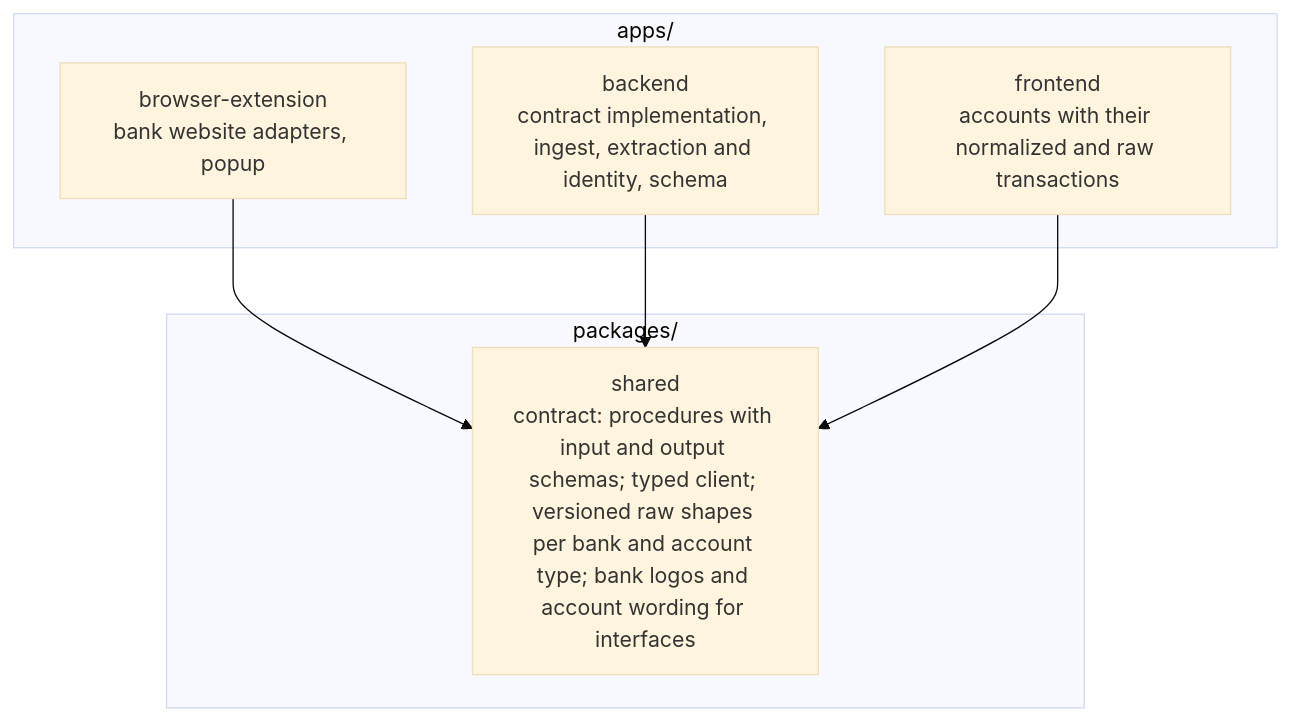
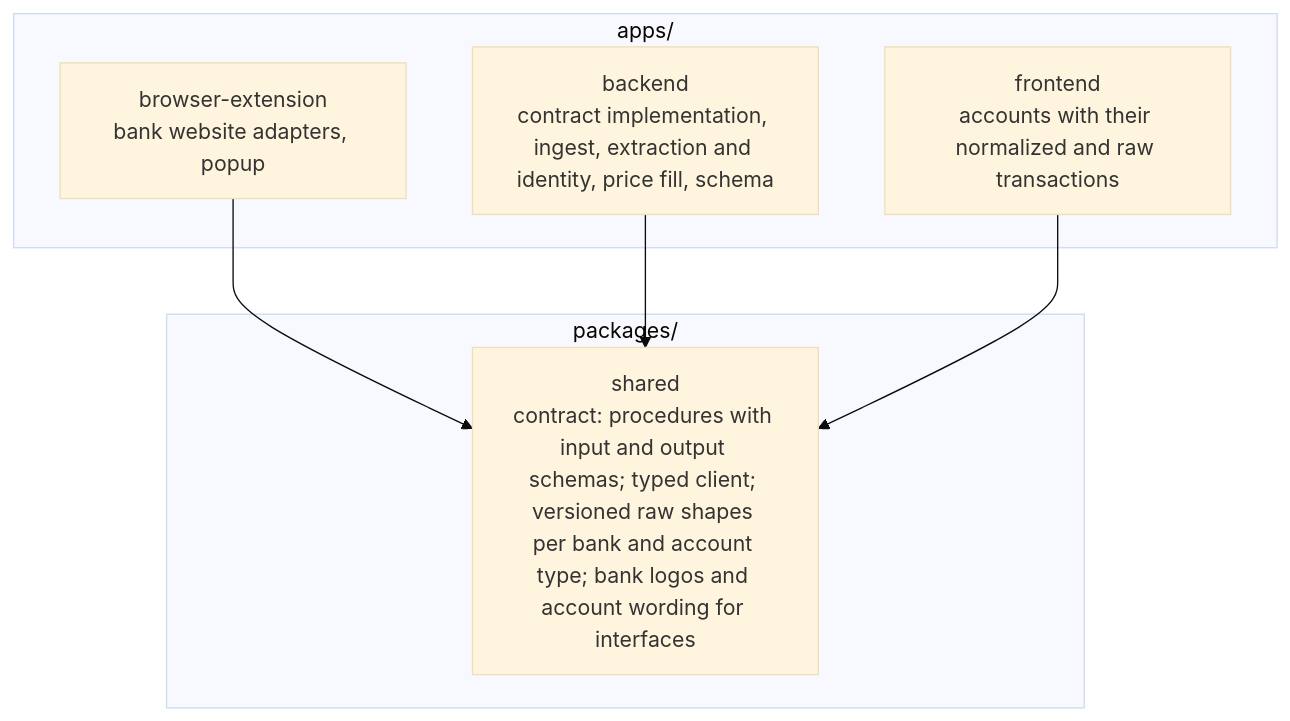
One commit to lennartmoeller/finance-tracker changed the fourth of 5 diagrams in docs/architecture.md. Above: the diagram before and after it, drawn with Mermaid (base theme). The commit also changed other lines of this file and 18 other files, not shown here.

````diff
--- a/docs/architecture.md
+++ b/docs/architecture.md
@@ -117,14 +119,14 @@
 ```mermaid
 flowchart TD
   subgraph apps["apps/"]
     extension["browser-extension<br/>bank website adapters, popup"]
-    backend["backend<br/>contract implementation, ingest, extraction and identity, schema"]
+    backend["backend<br/>contract implementation, ingest, extraction and identity, price fill, schema"]
     frontend["frontend<br/>accounts with their normalized and raw transactions"]
   end
   subgraph packages["packages/"]
     shared["shared<br/>contract: procedures with input and output schemas; typed client; versioned raw shapes per bank and account type; bank logos and account wording for interfaces"]
   end
   extension --> shared
   backend --> shared
   frontend --> shared
 ```
````
